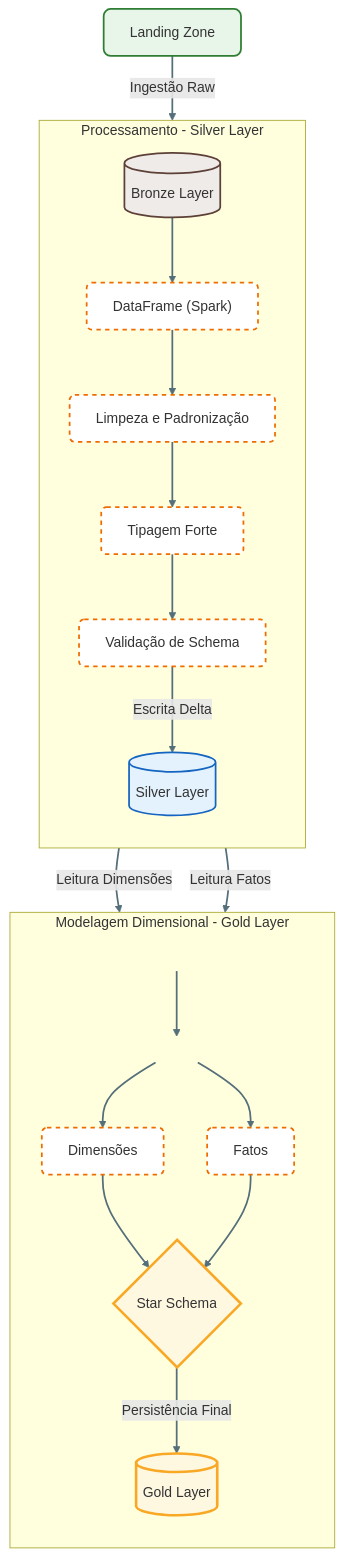
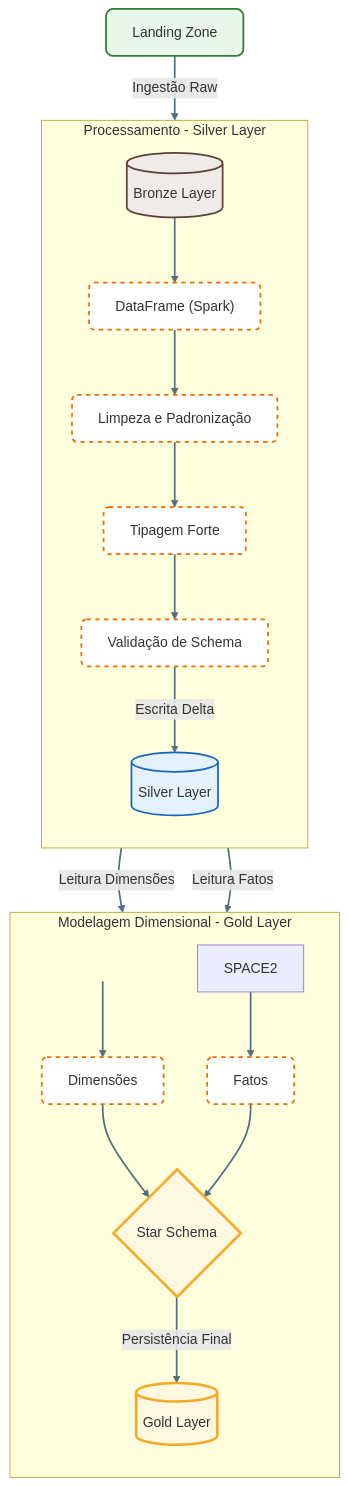
Before and after one commit to devdiasbr/databricks-challenge: the second of 2 diagrams in docs/manual/04_arquitetura_detalhada.md, drawn with Mermaid.

Commit message:
docs: refinamento manual diagrama arquitetura

````diff
--- a/docs/manual/04_arquitetura_detalhada.md
+++ b/docs/manual/04_arquitetura_detalhada.md
@@ -116,55 +116,53 @@
 ```mermaid
 flowchart TD
     %% =========================
     %% DEFINIÇÃO DE ESTILOS
     %% =========================
     classDef landing fill:#e8f5e9,stroke:#2e7d32,stroke-width:2px,rx:8,ry:8;
     classDef bronze fill:#efebe9,stroke:#5d4037,stroke-width:2px,rx:6,ry:6;
     classDef silver fill:#e3f2fd,stroke:#1565c0,stroke-width:2px,rx:6,ry:6;
     classDef gold fill:#fff8e1,stroke:#f9a825,stroke-width:3px,rx:10,ry:10;
     classDef process fill:#ffffff,stroke:#ef6c00,stroke-width:2px,stroke-dasharray: 5 5,rx:6,ry:6;
     classDef spacer fill:transparent,stroke:transparent;
 
     %% =========================
     %% LANDING / BRONZE
     %% =========================
     LZ[Landing Zone]:::landing -->|Ingestão Raw| BR[(Bronze Layer)]:::bronze
 
     %% =========================
     %% SILVER
     %% =========================
     subgraph SILVER [Processamento - Silver Layer]
         direction TB
         BR --> DF["DataFrame (Spark)"]:::process
         DF --> CLEAN[Limpeza e Padronização]:::process
         CLEAN --> TYPE[Tipagem Forte]:::process
         TYPE --> VALID[Validação de Schema]:::process
         VALID -->|Escrita Delta| SL[(Silver Layer)]:::silver
     end
 
     %% =========================
     %% GOLD
     %% =========================
     subgraph GOLD [Modelagem Dimensional - Gold Layer]
         direction TB
 
         SPACE1[ ]:::spacer
-        SPACE2[ ]:::spacer
 
-        SPACE1 --> SPACE2
-        SPACE2 --> DIMS
+        SPACE1 --> DIMS
         SPACE2 --> FACT
 
         SL -->|Leitura Dimensões| DIMS[Dimensões]:::process
         SL -->|Leitura Fatos| FACT[Fatos]:::process
 
         DIMS --> STAR{Star Schema}:::gold
         FACT --> STAR
         STAR -->|Persistência Final| GL[(Gold Layer)]:::gold
     end
 
     %% =========================
     %% ESTILO DAS CONEXÕES
     %% =========================
     linkStyle default stroke:#546e7a,stroke-width:2px;
 ```
````
